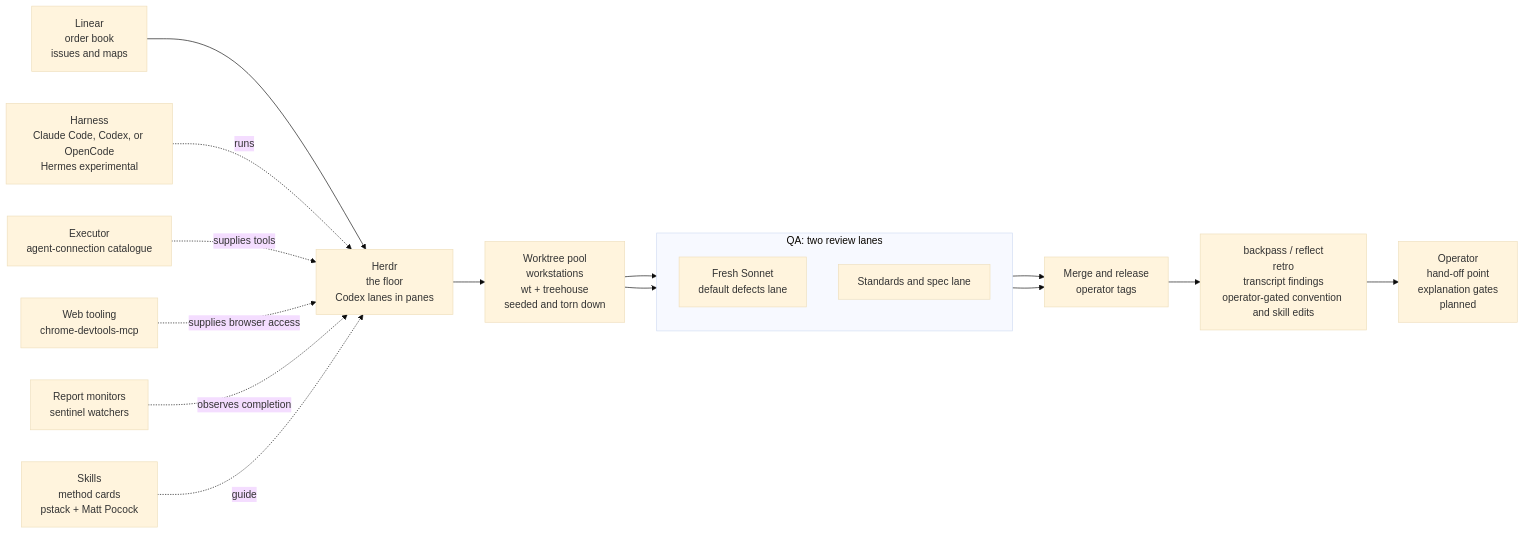
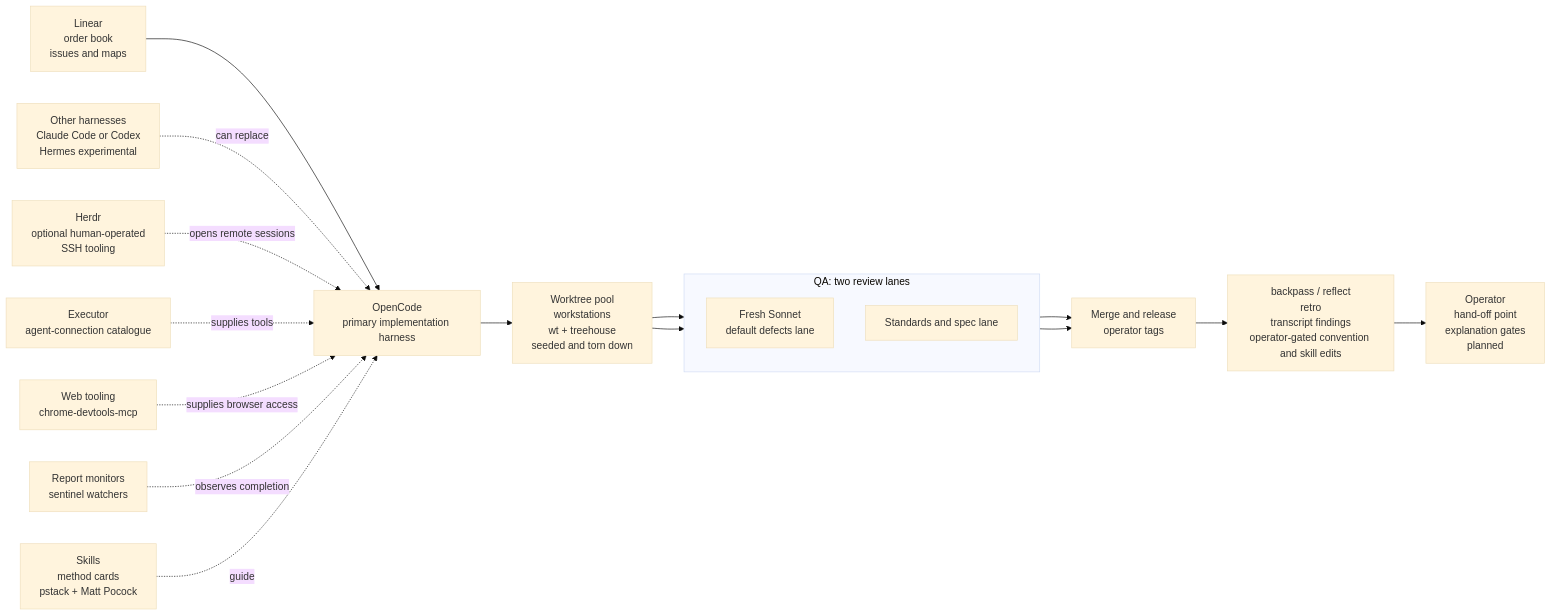
The diagram in README.md (ivankqw/impstack), drawn with Mermaid (base theme) before and after one commit. The commit also changed other lines of this file, not shown here.

Commit message:
docs(readme): make OpenCode the primary harness

````diff
--- a/README.md
+++ b/README.md
@@ -26,21 +26,22 @@
 ```mermaid
 flowchart LR
-    LI["Linear<br/>order book<br/>issues and maps"] --> HE["Herdr<br/>the floor<br/>Codex lanes in panes"]
-    HE --> WT["Worktree pool<br/>workstations<br/>wt + treehouse<br/>seeded and torn down"]
+    LI["Linear<br/>order book<br/>issues and maps"] --> IH["OpenCode<br/>primary implementation harness"]
+    IH --> WT["Worktree pool<br/>workstations<br/>wt + treehouse<br/>seeded and torn down"]
     WT --> DL
     WT --> SL
     subgraph QA["QA: two review lanes"]
         direction TB
         DL["Fresh Sonnet<br/>default defects lane"]
         SL["Standards and spec lane"]
     end
     DL --> MR["Merge and release<br/>operator tags"]
     SL --> MR
     MR --> RE["backpass / reflect<br/>retro<br/>transcript findings<br/>operator-gated convention and skill edits"]
     RE --> OP["Operator<br/>hand-off point<br/>explanation gates<br/>planned"]
-    HA["Harness<br/>Claude Code, Codex, or OpenCode<br/>Hermes experimental"] -. runs .-> HE
-    EX["Executor<br/>agent-connection catalogue"] -. supplies tools .-> HE
-    WB["Web tooling<br/>chrome-devtools-mcp"] -. supplies browser access .-> HE
-    MO["Report monitors<br/>sentinel watchers"] -. observes completion .-> HE
-    SK["Skills<br/>method cards<br/>pstack + Matt Pocock"] -. guide .-> HE
+    HA["Other harnesses<br/>Claude Code or Codex<br/>Hermes experimental"] -. can replace .-> IH
+    HE["Herdr<br/>optional human-operated<br/>SSH tooling"] -. opens remote sessions .-> IH
+    EX["Executor<br/>agent-connection catalogue"] -. supplies tools .-> IH
+    WB["Web tooling<br/>chrome-devtools-mcp"] -. supplies browser access .-> IH
+    MO["Report monitors<br/>sentinel watchers"] -. observes completion .-> IH
+    SK["Skills<br/>method cards<br/>pstack + Matt Pocock"] -. guide .-> IH
 ```
````
